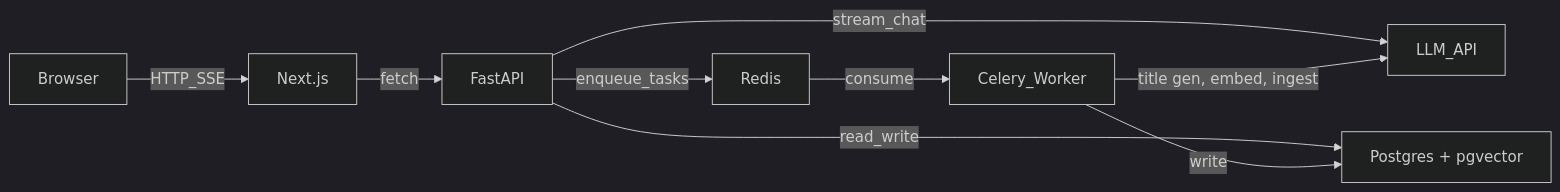
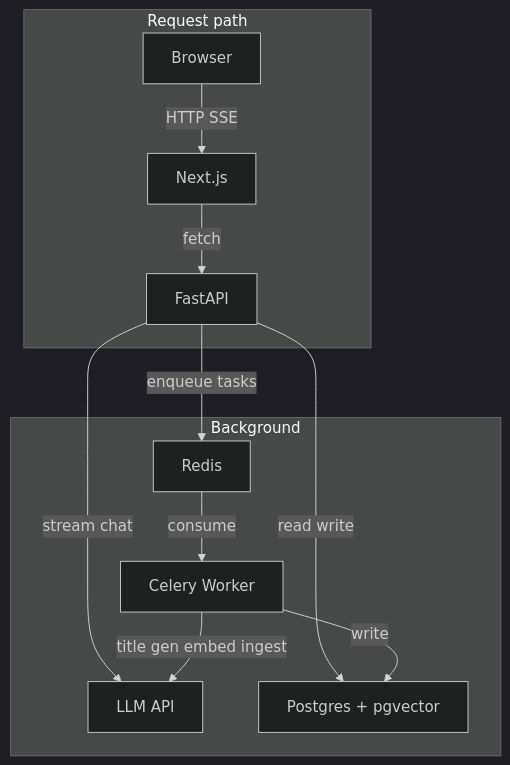
One commit to vinhto5197/hax changed the diagram in README.md. Above: the diagram before and after it, drawn with Mermaid (dark theme).

Commit message:
docs: make architecture diagram vertical (TB, subgraphs)

````diff
--- a/README.md
+++ b/README.md
@@ -33,11 +33,20 @@
 ```mermaid
-graph LR
-  Browser -->|HTTP_SSE| NextJS[Next.js]
-  NextJS -->|fetch| FastAPI
-  FastAPI -->|stream_chat| LLM[LLM_API]
-  FastAPI -->|read_write| PG["Postgres + pgvector"]
-  FastAPI -->|enqueue_tasks| Redis
-  Redis -->|consume| CeleryWorker[Celery_Worker]
-  CeleryWorker -->|"title gen, embed, ingest"| LLM
-  CeleryWorker -->|write| PG
+graph TB
+  subgraph request [Request path]
+    Browser
+    NextJS[Next.js]
+    FastAPI
+    Browser -->|HTTP SSE| NextJS
+    NextJS -->|fetch| FastAPI
+  end
+  FastAPI -->|stream chat| LLM[LLM API]
+  FastAPI -->|read write| PG["Postgres + pgvector"]
+  FastAPI -->|enqueue tasks| Redis
+  subgraph background [Background]
+    Redis
+    CeleryWorker[Celery Worker]
+    Redis -->|consume| CeleryWorker
+    CeleryWorker -->|title gen embed ingest| LLM
+    CeleryWorker -->|write| PG
+  end
 ```
````
